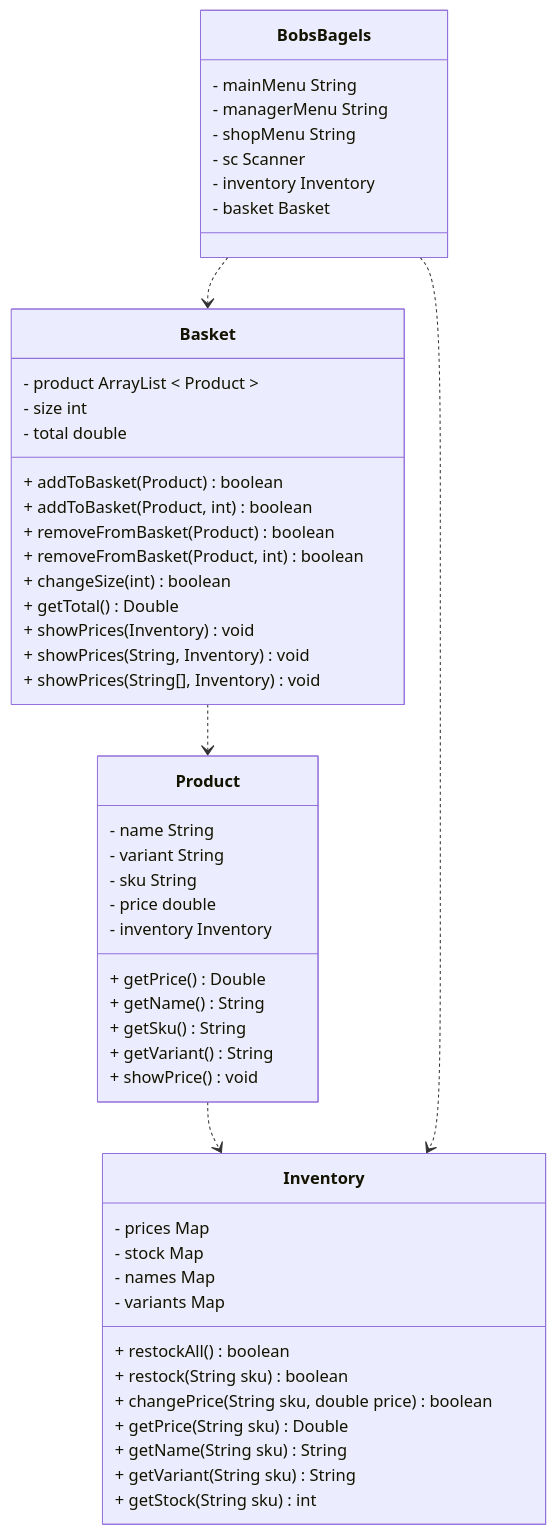
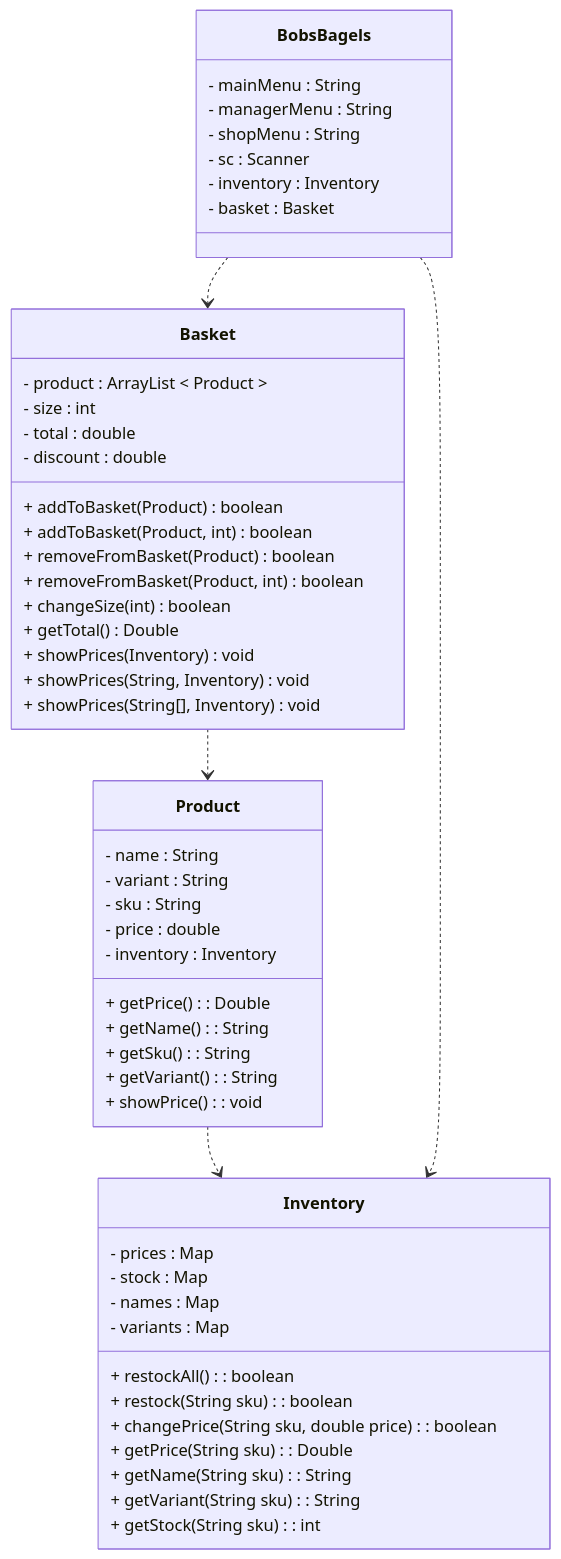
Before and after one commit to nora-hansen/java-tdd-oop-bobs-bagels: the diagram in class-diagram.md, drawn with Mermaid. The commit also changed 3 other files, not shown here.

Commit message:
Updated diagram and model, started on extension

`````diff
--- a/class-diagram.md
+++ b/class-diagram.md
@@ -1,53 +1,55 @@
 ````mermaid
 classDiagram
     class Basket{    
-        - product ArrayList < Product >
-        - size int
-        - total double
+        - product : ArrayList < Product >
+        - size : int
+        - total : double
+        - discount : double
         + addToBasket(Product) boolean
         + addToBasket(Product, int) boolean
         + removeFromBasket(Product) boolean
         + removeFromBasket(Product, int) boolean
         + changeSize(int) boolean
         + getTotal() Double
         + showPrices(Inventory) void
         + showPrices(String, Inventory) void
         + showPrices(String[], Inventory) void
         }
     class Product{    
-        - name String
-        - variant String
-        - sku String
-        - price double
-        - inventory Inventory
-        + getPrice() Double
-        + getName() String
-        + getSku() String
-        + getVariant() String
-        + showPrice() void
+        - name : String
+        - variant : String
+        - sku : String
+        - price : double
+        - inventory : Inventory
+        + getPrice() : Double
+        + getName() : String
+        + getSku() : String
+        + getVariant() : String
+        + showPrice() : void
         }
     class Inventory{    
-        - prices Map
-        - stock Map
-        - names Map
-        - variants Map
-        + restockAll() boolean
-        + restock(String sku) boolean
-        + changePrice(String sku, double price) boolean
-        + getPrice(String sku) Double
-        + getName(String sku) String
-        + getVariant(String sku) String
-        + getStock(String sku) int}
+        - prices : Map
+        - stock : Map
+        - names : Map
+        - variants : Map
+        + restockAll() : boolean
+        + restock(String sku) : boolean
+        + changePrice(String sku, double price) : boolean
+        + getPrice(String sku) : Double
+        + getName(String sku) : String
+        + getVariant(String sku) : String
+        + getStock(String sku) : int
+        }
     class BobsBagels{
-        - mainMenu String
-        - managerMenu String
-        - shopMenu String
-        - sc Scanner
-        - inventory Inventory
-        - basket Basket
+        - mainMenu : String
+        - managerMenu : String
+        - shopMenu : String
+        - sc : Scanner
+        - inventory : Inventory
+        - basket : Basket
     }
     Basket ..> Product
     Product ..> Inventory
     BobsBagels ..> Basket
     BobsBagels ..> Inventory
 ````
`````
